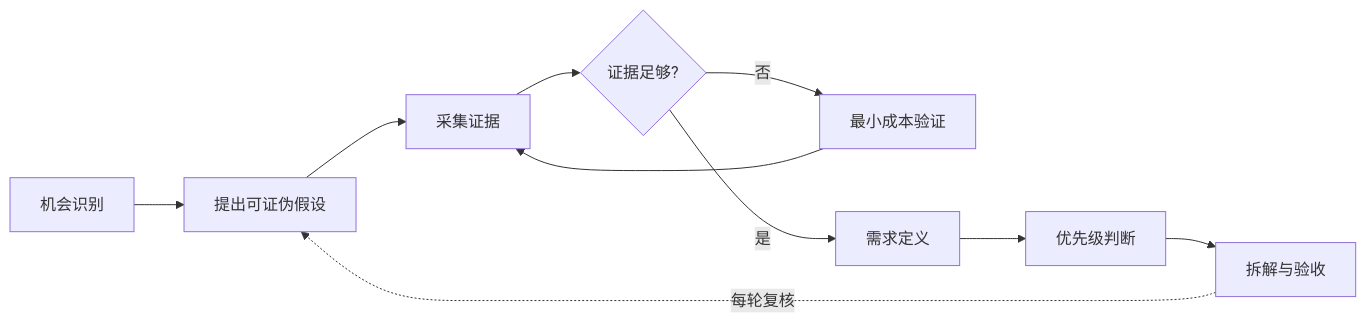
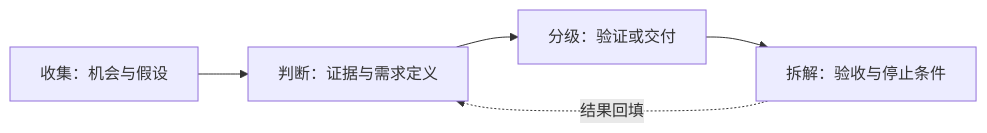
Before and after one commit to AI-PM-Wiki/AIPM: the diagram in docs/pm/requirements.md, drawn with Mermaid. The commit also changed other lines of this file, not shown here.

````diff
--- a/docs/pm/requirements.md
+++ b/docs/pm/requirements.md
@@ -13,12 +15,7 @@
 ```mermaid
 flowchart LR
-    opportunity[机会识别] --> hypothesis[提出可证伪假设]
-    hypothesis --> evidence[采集证据]
-    evidence --> enough{证据足够?}
-    enough -- 否 --> verify[最小成本验证]
-    verify --> evidence
-    enough -- 是 --> definition[需求定义]
-    definition --> priority[优先级判断]
-    priority --> breakdown[拆解与验收]
-    breakdown -. 每轮复核 .-> hypothesis
+    collect[收集：机会与假设] --> assess[判断：证据与需求定义]
+    assess --> rank[分级：验证或交付]
+    rank --> deliver[拆解：验收与停止条件]
+    deliver -. 结果回填 .-> assess
 ```
````
